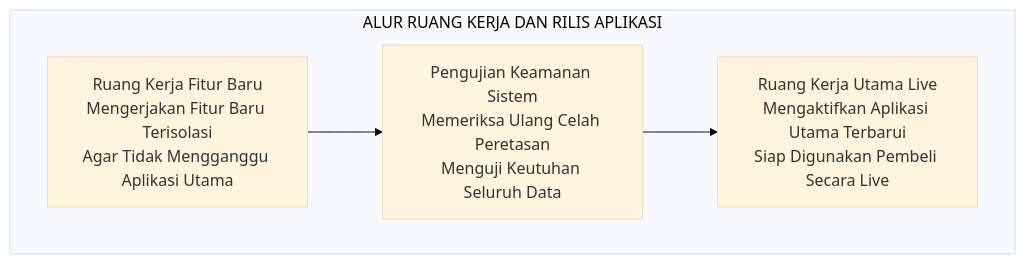
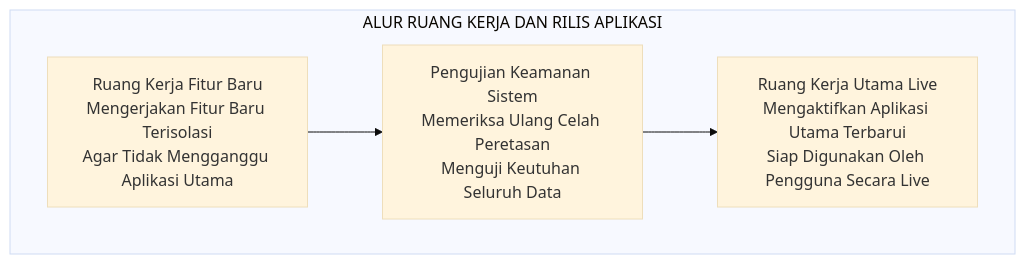
The seventh of 7 diagrams in README.md (JoeAryadharma/saas-branching-blueprint), drawn with Mermaid (base theme) before and after one commit. The commit also changed other lines of this file, not shown here.

Commit message:
[STILISTIK] Menyempurnakan diksi 'Usaha' menjadi 'Akun Pengguna' [v10.7.0]

````diff
--- a/README.md
+++ b/README.md
@@ -161,14 +161,14 @@
 ```mermaid
 flowchart TD
     classDef default text-align:center;
     subgraph ALUR["ALUR RUANG KERJA DAN RILIS APLIKASI"]
         FITUR["Ruang Kerja Fitur Baru\nMengerjakan Fitur Baru Terisolasi\nAgar Tidak Mengganggu Aplikasi Utama"]
         
         UJI["Pengujian Keamanan Sistem\nMemeriksa Ulang Celah Peretasan\nMenguji Keutuhan Seluruh Data"]
         
-        UTAMA["Ruang Kerja Utama Live\nMengaktifkan Aplikasi Utama Terbarui\nSiap Digunakan Pembeli Secara Live"]
+        UTAMA["Ruang Kerja Utama Live\nMengaktifkan Aplikasi Utama Terbarui\nSiap Digunakan Oleh Pengguna Secara Live"]
     end
 
     FITUR --> UJI
     UJI --> UTAMA
 ```
````
